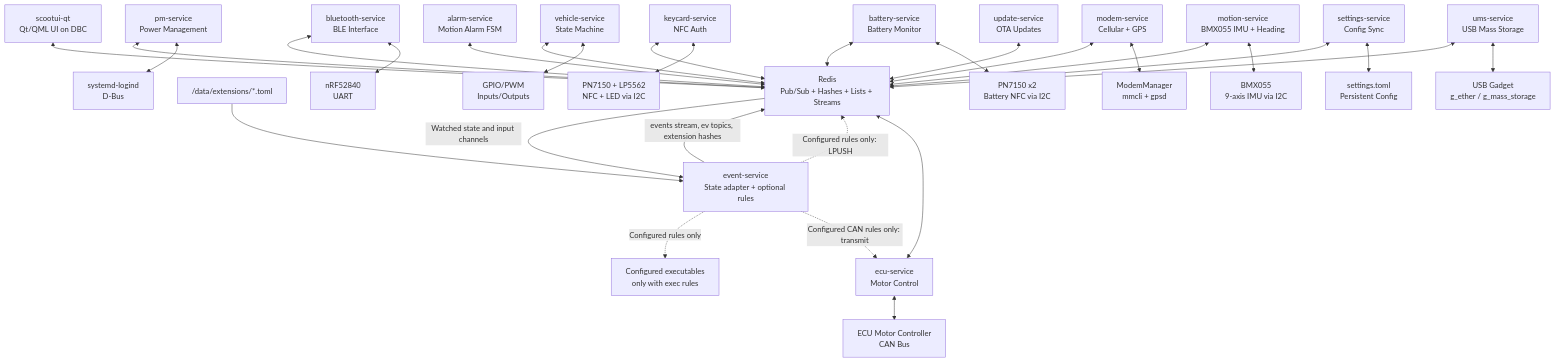
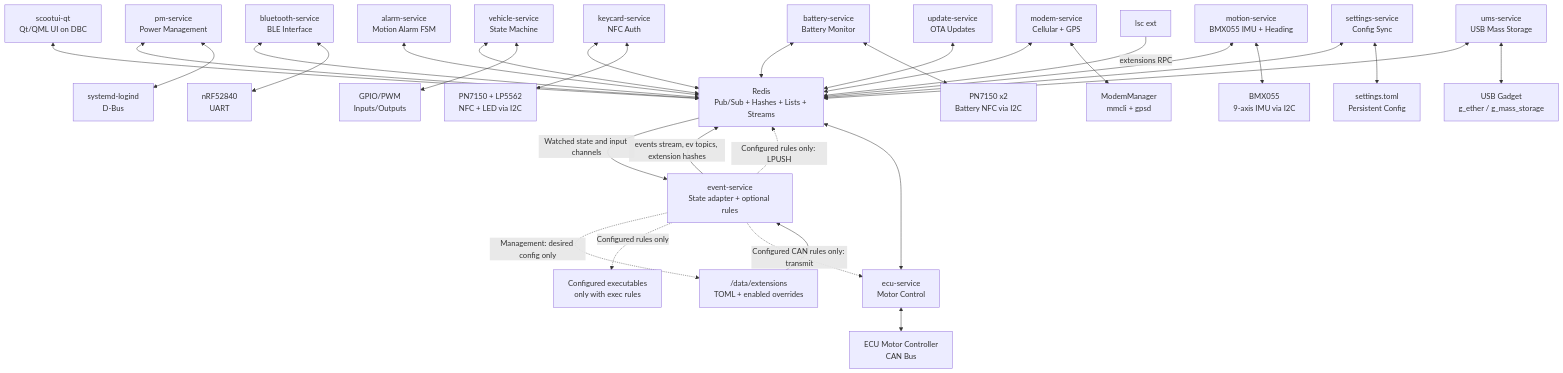
Before and after one commit to librescoot/unu-tech-reference: the diagram in services/README.md, drawn with Mermaid. The commit also changed 3 other files, not shown here.

````diff
--- a/services/README.md
+++ b/services/README.md
@@ -29,63 +29,66 @@
 ```mermaid
 graph TB
     UI["scootui-qt<br/>Qt/QML UI on DBC"]
     Redis["Redis<br/>Pub/Sub + Hashes + Lists + Streams"]
 
     PM["pm-service<br/>Power Management"]
     BT["bluetooth-service<br/>BLE Interface"]
     VH["vehicle-service<br/>State Machine"]
     ECU["ecu-service<br/>Motor Control"]
     KC["keycard-service<br/>NFC Auth"]
     BAT["battery-service<br/>Battery Monitor"]
     MDM["modem-service<br/>Cellular + GPS"]
     MOT["motion-service<br/>BMX055 IMU + Heading"]
     ALM["alarm-service<br/>Motion Alarm FSM"]
     SET["settings-service<br/>Config Sync"]
     UMS["ums-service<br/>USB Mass Storage"]
     UPD["update-service<br/>OTA Updates"]
     EVT["event-service<br/>State adapter + optional rules"]
-    RULES["/data/extensions/*.toml"]
+    RULES["/data/extensions<br/>TOML + enabled overrides"]
+    EXTCLI["lsc ext"]
     EXEC["Configured executables<br/>only with exec rules"]
 
     LOGIND["systemd-logind<br/>D-Bus"]
     NRF["nRF52840<br/>UART"]
     GPIO["GPIO/PWM<br/>Inputs/Outputs"]
     CAN["ECU Motor Controller<br/>CAN Bus"]
     NFC1["PN7150 + LP5562<br/>NFC + LED via I2C"]
     NFC2["PN7150 x2<br/>Battery NFC via I2C"]
     MODEM["ModemManager<br/>mmcli + gpsd"]
     BMX["BMX055<br/>9-axis IMU via I2C"]
     TOML["settings.toml<br/>Persistent Config"]
     USB["USB Gadget<br/>g_ether / g_mass_storage"]
 
     UI <--> Redis
     PM <--> Redis
     BT <--> Redis
     VH <--> Redis
     ECU <--> Redis
     KC <--> Redis
     BAT <--> Redis
     MDM <--> Redis
     MOT <--> Redis
     ALM <--> Redis
     SET <--> Redis
     UMS <--> Redis
     UPD <--> Redis
     Redis -->|Watched state and input channels| EVT
     EVT -->|events stream, ev topics, extension hashes| Redis
     EVT -.->|Configured rules only: LPUSH| Redis
     RULES --> EVT
+    EXTCLI -->|extensions RPC| Redis
+    EVT -.->|Management: desired config only| RULES
     EVT -.->|Configured rules only| EXEC
     EVT -.->|Configured CAN rules only: transmit| ECU
 
     PM <--> LOGIND
     BT <--> NRF
     VH <--> GPIO
     ECU <--> CAN
     KC <--> NFC1
     BAT <--> NFC2
     MDM <--> MODEM
     MOT <--> BMX
     SET <--> TOML
     UMS <--> USB
 ```
````
